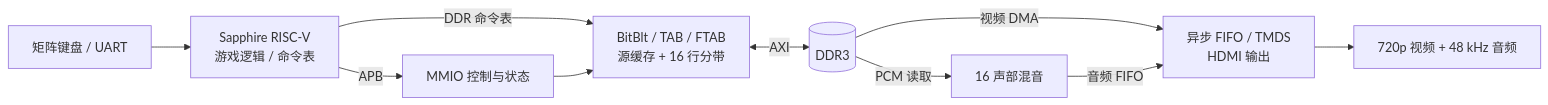
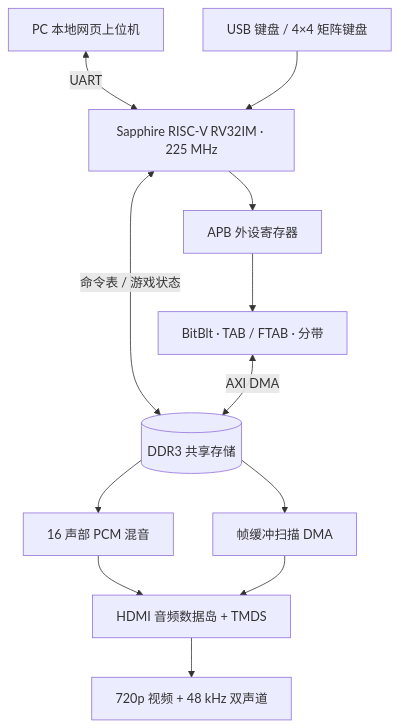
The first of 4 diagrams in README.md (StarBJL/ti60-fpga-game), drawn with Mermaid before and after one commit. The commit also changed other lines of this file and 98 other files, not shown here.

````diff
--- a/README.md
+++ b/README.md
@@ -17,12 +93,14 @@
-```mermaid
-flowchart LR
-  IN["矩阵键盘 / UART"] --> CPU["Sapphire RISC-V\n游戏逻辑 / 命令表"]
-  CPU -->|APB| REG["MMIO 控制与状态"]
-  CPU -->|DDR 命令表| BLIT["BitBlt / TAB / FTAB\n源缓存 + 16 行分带"]
-  REG --> BLIT
-  BLIT <-->|AXI| DDR[(DDR3)]
-  DDR -->|视频 DMA| HDMI["异步 FIFO / TMDS\nHDMI 输出"]
-  DDR -->|PCM 读取| MIX["16 声部混音"]
-  MIX -->|音频 FIFO| HDMI
-  HDMI --> MON["720p 视频 + 48 kHz 音频"]
-```
+~~~mermaid
+flowchart TB
+  P["PC 本地网页上位机"] <-->|UART| CPU["Sapphire RISC-V RV32IM · 225 MHz"]
+  K["USB 键盘 / 4×4 矩阵键盘"] --> CPU
+  CPU --> APB["APB 外设寄存器"]
+  CPU <-->|"命令表 / 游戏状态"| DDR[("DDR3 共享存储")]
+  APB --> BLIT["BitBlt · TAB / FTAB · 分带"]
+  BLIT <-->|AXI DMA| DDR
+  DDR --> VIDEO["帧缓冲扫描 DMA"]
+  DDR --> MIX["16 声部 PCM 混音"]
+  MIX --> HDMI["HDMI 音频数据岛 + TMDS"]
+  VIDEO --> HDMI
+  HDMI --> OUT["720p 视频 + 48 kHz 双声道"]
+~~~
````
